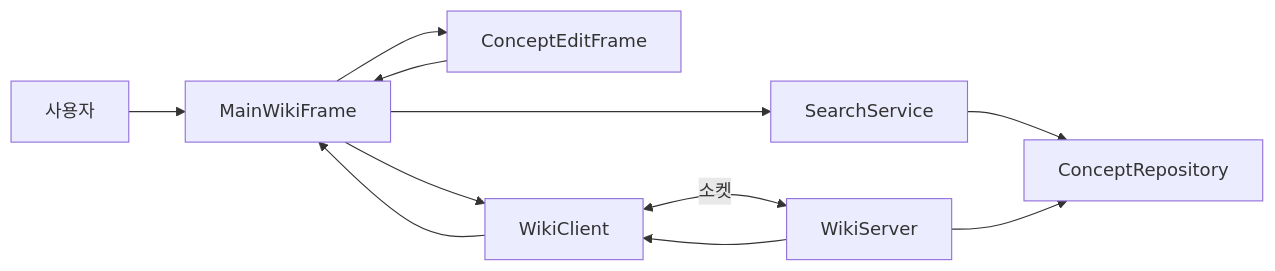
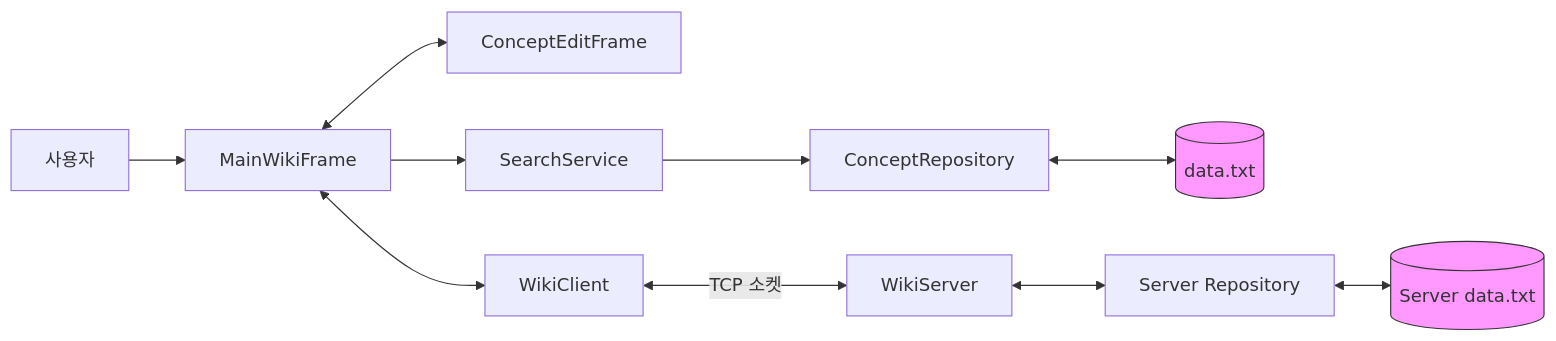
Before and after one commit to jegalhb/JAVA_WIKI_ONLINE: the second of 2 diagrams in src/Reproject/README.md, drawn with Mermaid. The commit also changed other lines of this file, not shown here.

````diff
--- a/src/Reproject/README.md
+++ b/src/Reproject/README.md
@@ -26,13 +41,21 @@
 ```mermaid
 flowchart LR
+    %% 사용자와 UI 간의 상호작용
     U[사용자] --> UI[MainWikiFrame]
+    UI <--> EDIT[ConceptEditFrame]
+    
+    %% 검색 및 로컬 저장소 로직
     UI --> SS[SearchService]
     SS --> REPO[ConceptRepository]
-    UI --> EDIT[ConceptEditFrame]
-    EDIT --> UI
-    UI --> CLIENT[WikiClient]
-    CLIENT <-->|소켓| SERVER[WikiServer]
-    SERVER --> REPO
-    SERVER --> CLIENT
-    CLIENT --> UI
+    REPO <--> FILE[(data.txt)]
+    
+    %% 소켓 통신 및 서버 동기화 (최신 업데이트 반영)
+    UI <--> CLIENT[WikiClient]
+    CLIENT <-->|TCP 소켓| SERVER[WikiServer]
+    SERVER <--> S_REPO[Server Repository]
+    S_REPO <--> S_FILE[(Server data.txt)]
+    
+    %% 스타일 지정
+    style FILE fill:#f9f,stroke:#333
+    style S_FILE fill:#f9f,stroke:#333
 ```
````
